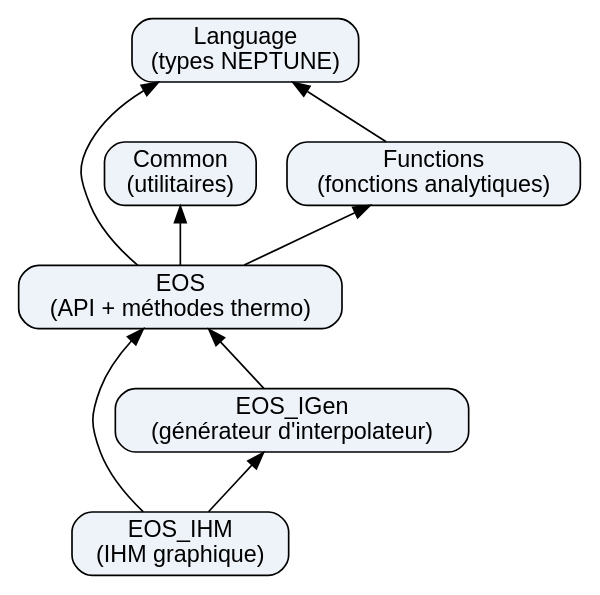
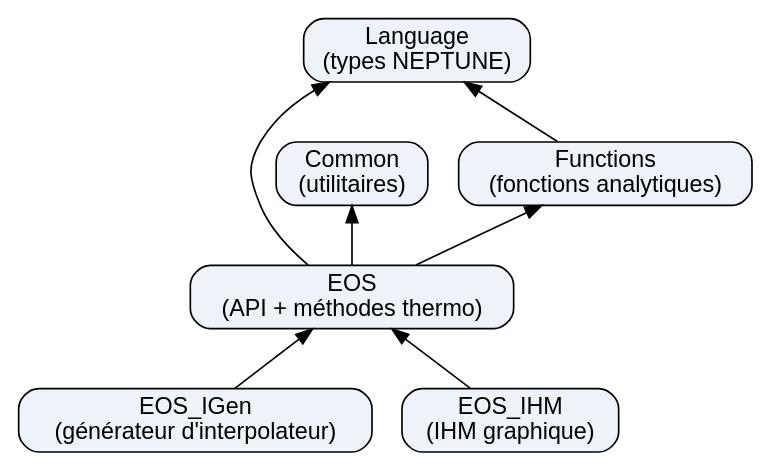
Before and after one commit to cea-trust-platform/EOS_code: the diagram in Doc/sphinx/source/architecture.rst, drawn with Graphviz. The commit also changed other lines of this file and 3 other files, not shown here.

Commit message:
[EOS_57643] Doc sphinx : mode d'emploi de l'IHM (visite guidee, scenarios, architecture)

```diff
--- a/Doc/sphinx/source/architecture.rst
+++ b/Doc/sphinx/source/architecture.rst
@@ -32,20 +32,19 @@
 .. graphviz::
 
    digraph modules {
        rankdir=BT;
        node [shape=box, style="rounded,filled", fillcolor="#eef3fa",
              fontname="Helvetica"];
        "Language"  [label="Language\n(types NEPTUNE)"];
        "Common"    [label="Common\n(utilitaires)"];
        "Functions" [label="Functions\n(fonctions analytiques)"];
        "EOS"       [label="EOS\n(API + méthodes thermo)"];
        "EOS_IGen"  [label="EOS_IGen\n(générateur d'interpolateur)"];
        "EOS_IHM"   [label="EOS_IHM\n(IHM graphique)"];
        "Functions" -> "Language";
        "EOS"       -> "Language";
        "EOS"       -> "Common";
        "EOS"       -> "Functions";
        "EOS_IGen"  -> "EOS";
        "EOS_IHM"   -> "EOS";
-       "EOS_IHM"   -> "EOS_IGen";
    }
```
